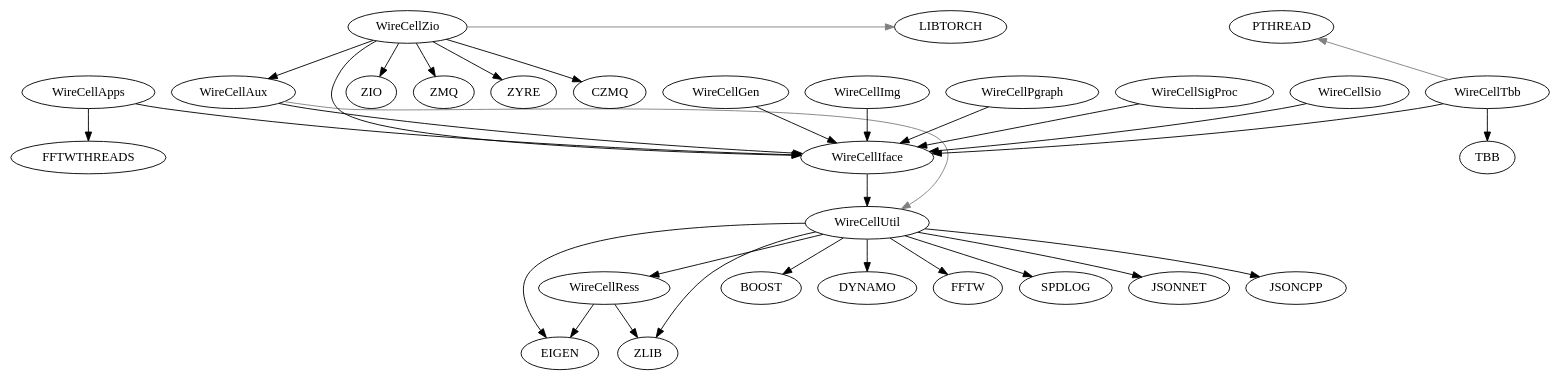
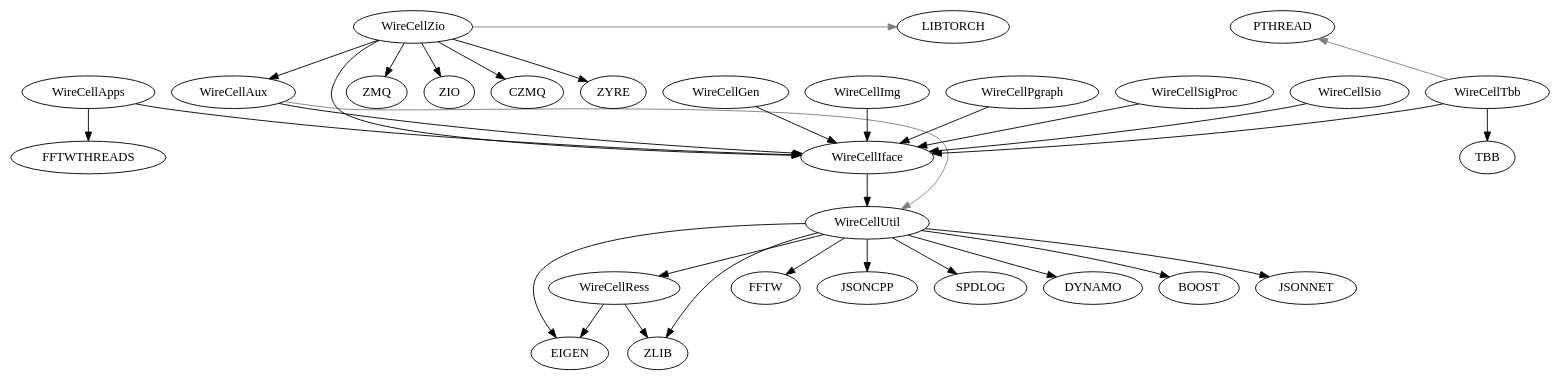
The diagram in wct-deps.dot (zhihuadong/wire-cell-toolkit), drawn with Graphviz before and after one commit. The commit also changed other lines of this file and 3 other files, not shown here.

```diff
--- a/wct-deps.dot
+++ b/wct-deps.dot
@@ -1,45 +1,45 @@
 digraph deps {
 	"WireCellApps";
 	"WireCellAux";
 	"WireCellGen";
 	"WireCellIface";
 	"WireCellImg";
 	"WireCellPgraph";
 	"WireCellRess";
 	"WireCellSigProc";
 	"WireCellSio";
 	"WireCellTbb";
 	"WireCellUtil";
 	"WireCellZio";
 	"WireCellApps" -> "WireCellIface"[color="black"];
 	"WireCellApps" -> "FFTWTHREADS"[color="black"];
 	"WireCellAux" -> "WireCellIface"[color="black"];
 	"WireCellAux" -> "WireCellUtil"[color="gray",constraint=false];
 	"WireCellGen" -> "WireCellIface"[color="black"];
 	"WireCellIface" -> "WireCellUtil"[color="black"];
 	"WireCellImg" -> "WireCellIface"[color="black"];
 	"WireCellPgraph" -> "WireCellIface"[color="black"];
 	"WireCellRess" -> "EIGEN"[color="black"];
 	"WireCellRess" -> "ZLIB"[color="black"];
 	"WireCellSigProc" -> "WireCellIface"[color="black"];
 	"WireCellSio" -> "WireCellIface"[color="black"];
+	"WireCellTbb" -> "WireCellIface"[color="black"];
 	"WireCellTbb" -> "TBB"[color="black"];
-	"WireCellTbb" -> "WireCellIface"[color="black"];
 	"WireCellTbb" -> "PTHREAD"[color="gray",constraint=false];
-	"WireCellUtil" -> "BOOST"[color="black"];
-	"WireCellUtil" -> "DYNAMO"[color="black"];
 	"WireCellUtil" -> "FFTW"[color="black"];
 	"WireCellUtil" -> "ZLIB"[color="black"];
+	"WireCellUtil" -> "JSONCPP"[color="black"];
+	"WireCellUtil" -> "EIGEN"[color="black"];
+	"WireCellUtil" -> "SPDLOG"[color="black"];
+	"WireCellUtil" -> "DYNAMO"[color="black"];
+	"WireCellUtil" -> "BOOST"[color="black"];
+	"WireCellUtil" -> "JSONNET"[color="black"];
 	"WireCellUtil" -> "WireCellRess"[color="black"];
-	"WireCellUtil" -> "SPDLOG"[color="black"];
-	"WireCellUtil" -> "JSONNET"[color="black"];
-	"WireCellUtil" -> "EIGEN"[color="black"];
-	"WireCellUtil" -> "JSONCPP"[color="black"];
+	"WireCellZio" -> "WireCellAux"[color="black"];
+	"WireCellZio" -> "ZMQ"[color="black"];
+	"WireCellZio" -> "WireCellIface"[color="black"];
 	"WireCellZio" -> "ZIO"[color="black"];
-	"WireCellZio" -> "ZMQ"[color="black"];
+	"WireCellZio" -> "CZMQ"[color="black"];
 	"WireCellZio" -> "ZYRE"[color="black"];
-	"WireCellZio" -> "CZMQ"[color="black"];
-	"WireCellZio" -> "WireCellIface"[color="black"];
-	"WireCellZio" -> "WireCellAux"[color="black"];
 	"WireCellZio" -> "LIBTORCH"[color="gray",constraint=false];
 }
```
